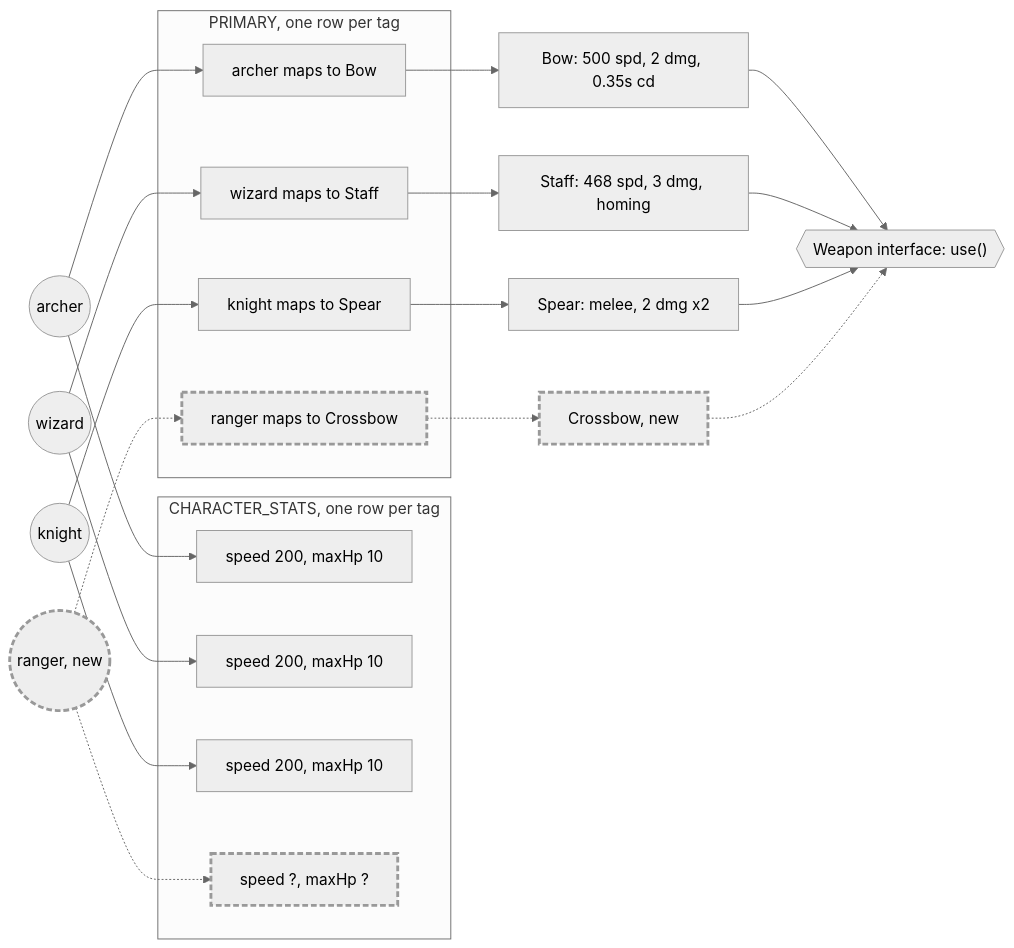
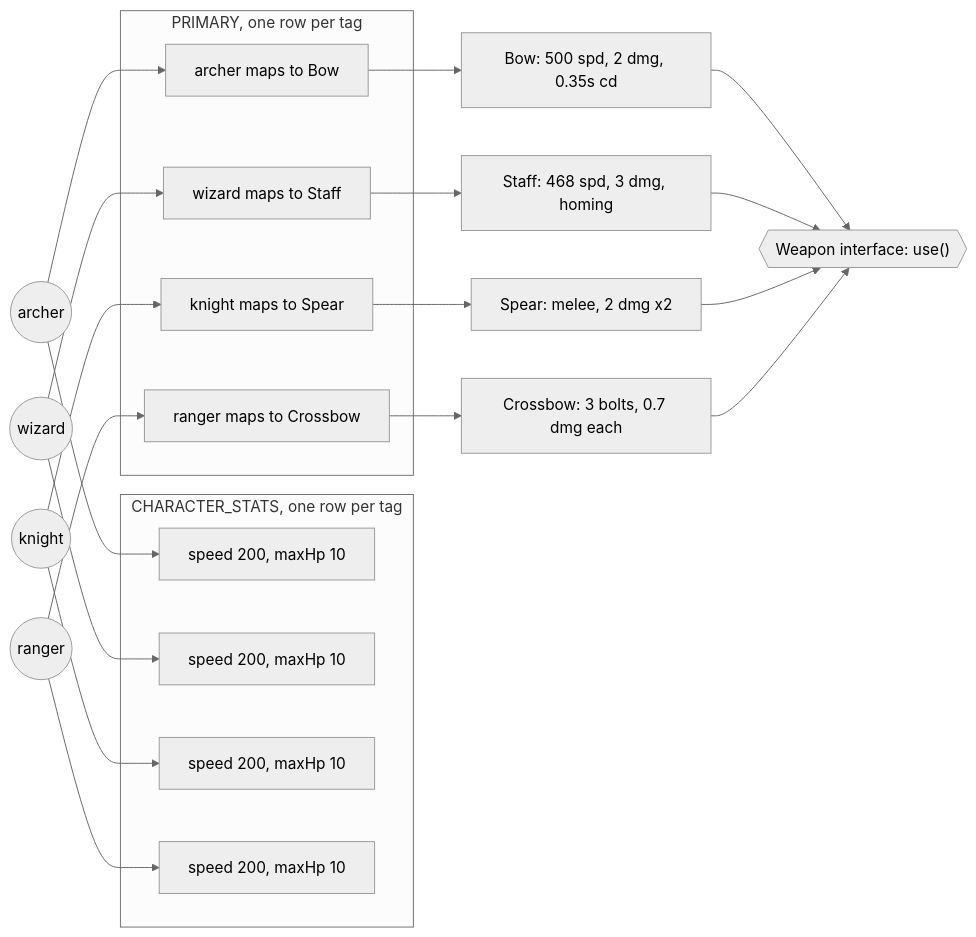
The first of 3 diagrams in docs/design-patterns.md (MrBisonte/crow-archer), drawn with Mermaid (neutral theme) before and after one commit. The commit also changed other lines of this file and 1 other file, not shown here.

First line of the commit message:
docs: add an object-composition reference to architecture.md

````diff
--- a/docs/design-patterns.md
+++ b/docs/design-patterns.md
@@ -41,39 +41,37 @@
 ```mermaid
 flowchart LR
-    classDef newHero stroke-width:3px,stroke-dasharray:6 3
-
     archer((archer))
     wizard((wizard))
     knight((knight))
-    ranger(("ranger, new")):::newHero
+    ranger((ranger))
 
     subgraph STATS["CHARACTER_STATS, one row per tag"]
         sa["speed 200, maxHp 10"]
         sw["speed 200, maxHp 10"]
         sk["speed 200, maxHp 10"]
-        sr["speed ?, maxHp ?"]:::newHero
+        sr["speed 200, maxHp 10"]
     end
 
     subgraph PRIMARY["PRIMARY, one row per tag"]
         pa["archer maps to Bow"]
         pw["wizard maps to Staff"]
         pk["knight maps to Spear"]
-        pr["ranger maps to Crossbow"]:::newHero
+        pr["ranger maps to Crossbow"]
     end
 
     Bow["Bow: 500 spd, 2 dmg, 0.35s cd"]
     Staff["Staff: 468 spd, 3 dmg, homing"]
     Spear["Spear: melee, 2 dmg x2"]
-    Crossbow["Crossbow, new"]:::newHero
+    Crossbow["Crossbow: 3 bolts, 0.7 dmg each"]
     Weapon{{"Weapon interface: use()"}}
 
     archer --> sa
     wizard --> sw
     knight --> sk
-    ranger -.-> sr
+    ranger --> sr
 
     archer --> pa --> Bow --> Weapon
     wizard --> pw --> Staff --> Weapon
     knight --> pk --> Spear --> Weapon
-    ranger -.-> pr -.-> Crossbow -.-> Weapon
+    ranger --> pr --> Crossbow --> Weapon
 ```
````
